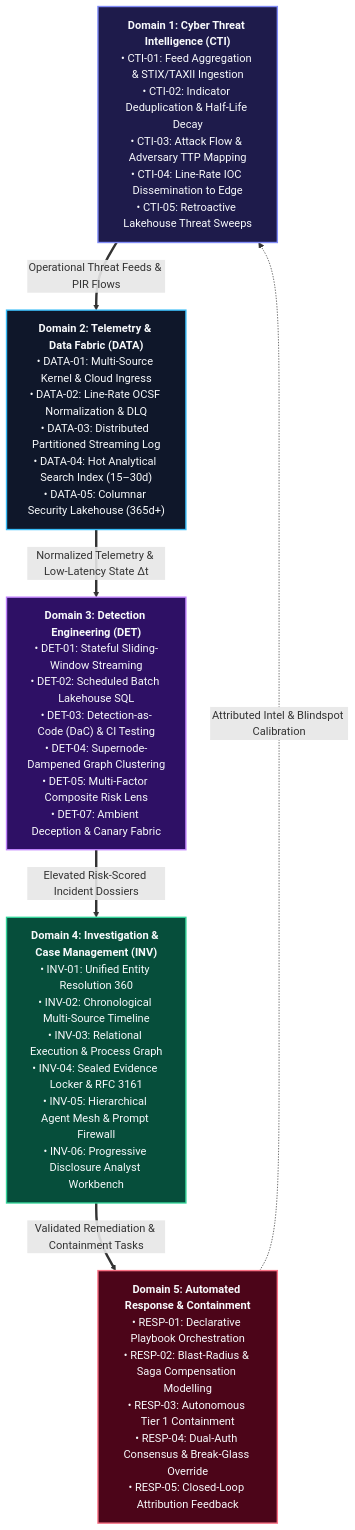
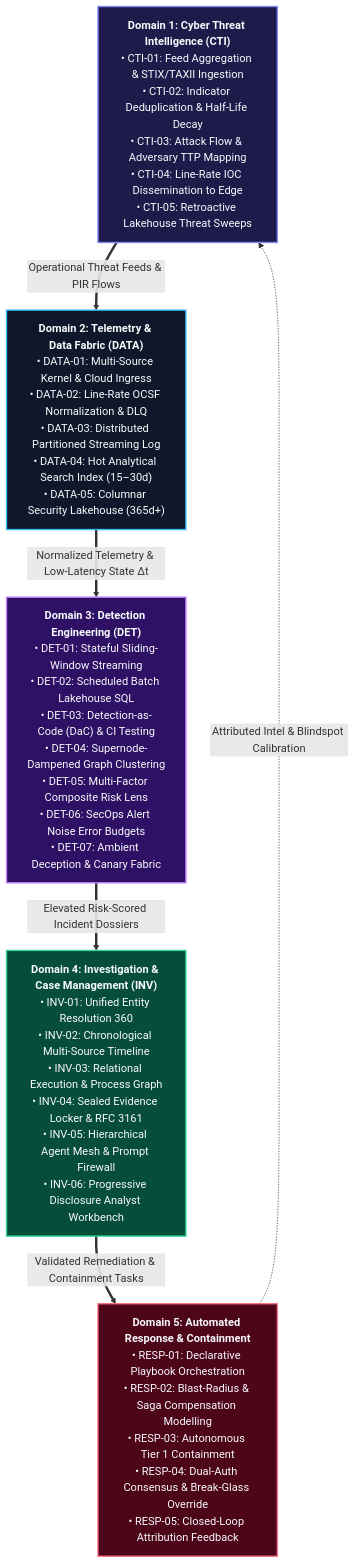
Before and after one commit to Haribu/TIDIR: the diagram in docs/architecture/02-capability-model.md, drawn with Mermaid. The commit also changed other lines of this file and 15 other files, not shown here.

````diff
--- a/docs/architecture/02-capability-model.md
+++ b/docs/architecture/02-capability-model.md
@@ -11,25 +11,25 @@
 ```mermaid
 flowchart TB
   %% Class Definitions for High Contrast & Visual Clarity
   classDef cti fill:#1e1b4b,stroke:#818cf8,stroke-width:2px,color:#f8fafc;
   classDef data fill:#0f172a,stroke:#38bdf8,stroke-width:2px,color:#f8fafc;
   classDef det fill:#2e1065,stroke:#c084fc,stroke-width:2px,color:#f8fafc;
   classDef inv fill:#064e3b,stroke:#34d399,stroke-width:2px,color:#f8fafc;
   classDef resp fill:#4c0519,stroke:#fb7185,stroke-width:2px,color:#f8fafc;
 
   D1["<b>Domain 1: Cyber Threat Intelligence (CTI)</b><br/>• CTI-01: Feed Aggregation & STIX/TAXII Ingestion<br/>• CTI-02: Indicator Deduplication & Half-Life Decay<br/>• CTI-03: Attack Flow & Adversary TTP Mapping<br/>• CTI-04: Line-Rate IOC Dissemination to Edge<br/>• CTI-05: Retroactive Lakehouse Threat Sweeps"]:::cti
 
   D2["<b>Domain 2: Telemetry & Data Fabric (DATA)</b><br/>• DATA-01: Multi-Source Kernel & Cloud Ingress<br/>• DATA-02: Line-Rate OCSF Normalization & DLQ<br/>• DATA-03: Distributed Partitioned Streaming Log<br/>• DATA-04: Hot Analytical Search Index (15–30d)<br/>• DATA-05: Columnar Security Lakehouse (365d+)"]:::data
 
-  D3["<b>Domain 3: Detection Engineering (DET)</b><br/>• DET-01: Stateful Sliding-Window Streaming<br/>• DET-02: Scheduled Batch Lakehouse SQL<br/>• DET-03: Detection-as-Code (DaC) & CI Testing<br/>• DET-04: Supernode-Dampened Graph Clustering<br/>• DET-05: Multi-Factor Composite Risk Lens<br/>• DET-07: Ambient Deception & Canary Fabric"]:::det
+  D3["<b>Domain 3: Detection Engineering (DET)</b><br/>• DET-01: Stateful Sliding-Window Streaming<br/>• DET-02: Scheduled Batch Lakehouse SQL<br/>• DET-03: Detection-as-Code (DaC) & CI Testing<br/>• DET-04: Supernode-Dampened Graph Clustering<br/>• DET-05: Multi-Factor Composite Risk Lens<br/>• DET-06: SecOps Alert Noise Error Budgets<br/>• DET-07: Ambient Deception & Canary Fabric"]:::det
 
   D4["<b>Domain 4: Investigation & Case Management (INV)</b><br/>• INV-01: Unified Entity Resolution 360<br/>• INV-02: Chronological Multi-Source Timeline<br/>• INV-03: Relational Execution & Process Graph<br/>• INV-04: Sealed Evidence Locker & RFC 3161<br/>• INV-05: Hierarchical Agent Mesh & Prompt Firewall<br/>• INV-06: Progressive Disclosure Analyst Workbench"]:::inv
 
   D5["<b>Domain 5: Automated Response & Containment</b><br/>• RESP-01: Declarative Playbook Orchestration<br/>• RESP-02: Blast-Radius & Saga Compensation Modelling<br/>• RESP-03: Autonomous Tier 1 Containment<br/>• RESP-04: Dual-Auth Consensus & Break-Glass Override<br/>• RESP-05: Closed-Loop Attribution Feedback"]:::resp
 
   D1 ==>|Operational Threat Feeds & PIR Flows| D2
   D2 ==>|Normalized Telemetry & Low-Latency State Δt| D3
   D3 ==>|Elevated Risk-Scored Incident Dossiers| D4
   D4 ==>|Validated Remediation & Containment Tasks| D5
   D5 -.->|Attributed Intel & Blindspot Calibration| D1
 ```
````
